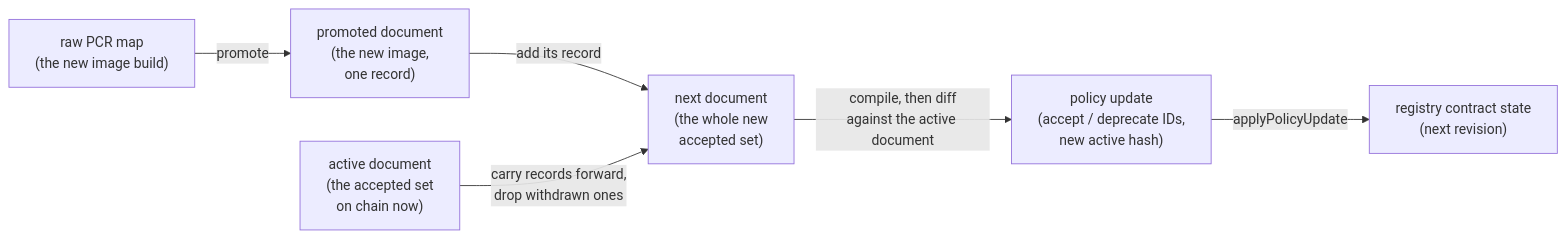
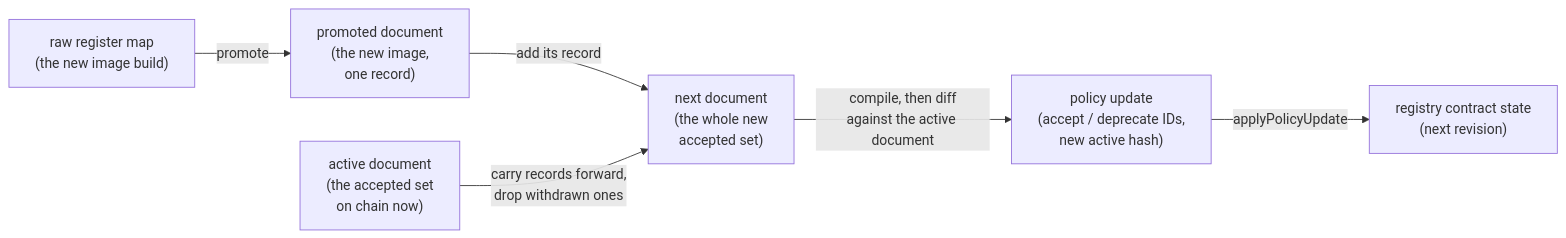
One commit to SeismicSystems/enclave changed the second of 2 diagrams in crates/measurement-admission/SPEC.md. Above: the diagram before and after it, drawn with Mermaid. The commit also changed other lines of this file and 29 other files, not shown here.

````diff
--- a/crates/measurement-admission/SPEC.md
+++ b/crates/measurement-admission/SPEC.md
@@ -97,15 +97,15 @@
 ```mermaid
 flowchart LR
-    raw2["raw PCR map<br/>(the new image build)"]
+    raw2["raw register map<br/>(the new image build)"]
     promoted["promoted document<br/>(the new image,<br/>one record)"]
     active["active document<br/>(the accepted set<br/>on chain now)"]
     next["next document<br/>(the whole new<br/>accepted set)"]
     delta["policy update<br/>(accept / deprecate IDs,<br/>new active hash)"]
     state2["registry contract state<br/>(next revision)"]
 
     raw2 -- "promote" --> promoted
     promoted -- "add its record" --> next
     active -- "carry records forward,<br/>drop withdrawn ones" --> next
     next -- "compile, then diff<br/>against the active document" --> delta
     delta -- "applyPolicyUpdate" --> state2
 ```
````
